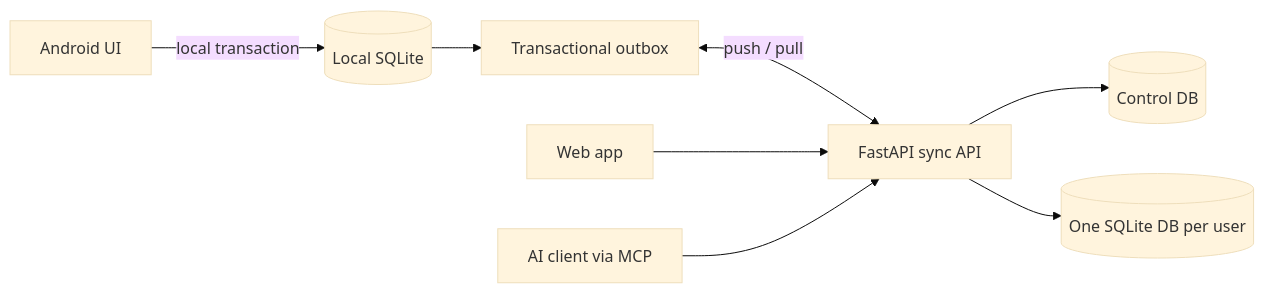
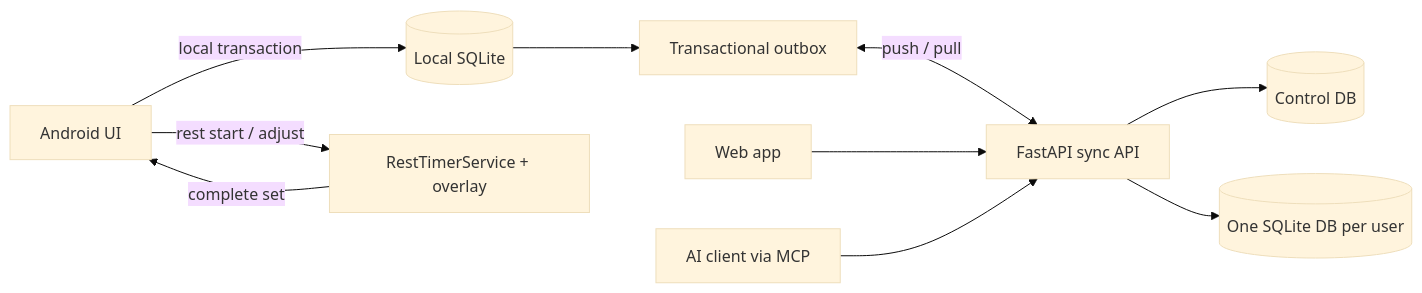
Before and after one commit to RyanLeeYi/lift-log: the diagram in README.md, drawn with Mermaid (base theme). The commit also changed other lines of this file and 1 other file, not shown here.

First line of the commit message:
docs: lead README with the floating rest timer origin story

````diff
--- a/README.md
+++ b/README.md
@@ -29,10 +40,12 @@
 ```mermaid
 flowchart LR
     A[Android UI] -->|local transaction| L[(Local SQLite)]
+    A -->|rest start / adjust| R[RestTimerService + overlay]
+    R -->|complete set| A
     L --> O[Transactional outbox]
     O <-->|push / pull| S[FastAPI sync API]
     W[Web app] --> S
     M[AI client via MCP] --> S
     S --> C[(Control DB)]
     S --> U[(One SQLite DB per user)]
 ```
````
